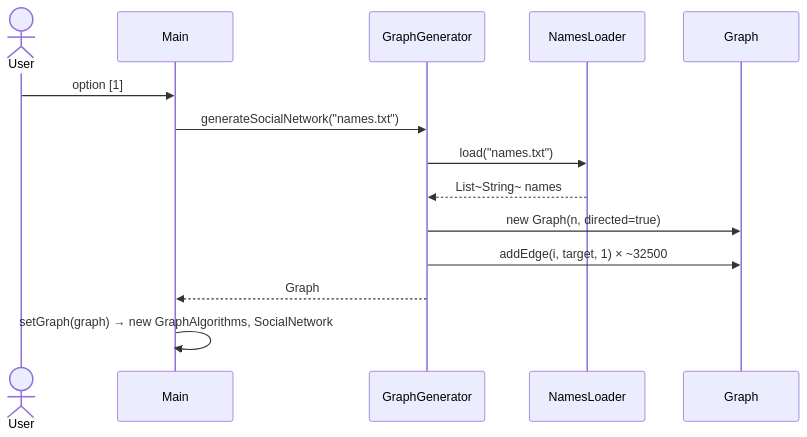
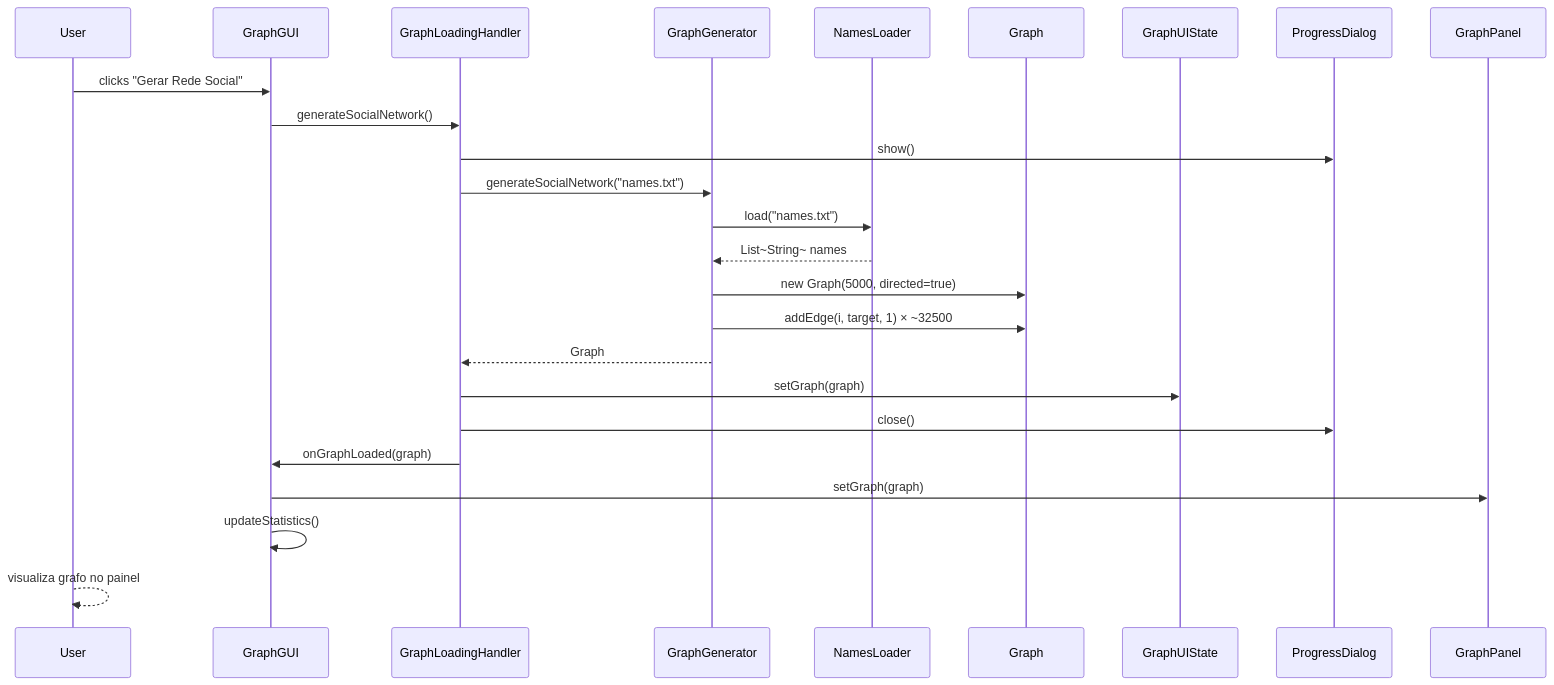
One commit to cyberfika/highDimensionalGraphApp changed the fourth of 7 diagrams in docs/design.md. Above: the diagram before and after it, drawn with Mermaid. The commit also changed other lines of this file and 1 other file, not shown here.

Commit message:
Add custom GUI components for improved user interaction and visual feedback

````diff
--- a/docs/design.md
+++ b/docs/design.md
@@ -116,17 +314,26 @@
 ```mermaid
 sequenceDiagram
-    actor User
-    participant Main
+    participant User
+    participant GraphGUI
+    participant GraphLoadingHandler
     participant GraphGenerator
     participant NamesLoader
     participant Graph
+    participant GraphUIState
 
-    User->>Main: option [1]
-    Main->>GraphGenerator: generateSocialNetwork("names.txt")
+    User->>GraphGUI: clicks "Gerar Rede Social"
+    GraphGUI->>GraphLoadingHandler: generateSocialNetwork()
+    GraphLoadingHandler->>ProgressDialog: show()
+    GraphLoadingHandler->>GraphGenerator: generateSocialNetwork("names.txt")
     GraphGenerator->>NamesLoader: load("names.txt")
     NamesLoader-->>GraphGenerator: List~String~ names
-    GraphGenerator->>Graph: new Graph(n, directed=true)
+    GraphGenerator->>Graph: new Graph(5000, directed=true)
     GraphGenerator->>Graph: addEdge(i, target, 1) × ~32500
-    GraphGenerator-->>Main: Graph
-    Main->>Main: setGraph(graph) → new GraphAlgorithms, SocialNetwork
+    GraphGenerator-->>GraphLoadingHandler: Graph
+    GraphLoadingHandler->>GraphUIState: setGraph(graph)
+    GraphLoadingHandler->>ProgressDialog: close()
+    GraphLoadingHandler->>GraphGUI: onGraphLoaded(graph)
+    GraphGUI->>GraphPanel: setGraph(graph)
+    GraphGUI->>GraphGUI: updateStatistics()
+    User-->>User: visualiza grafo no painel
 ```
````
